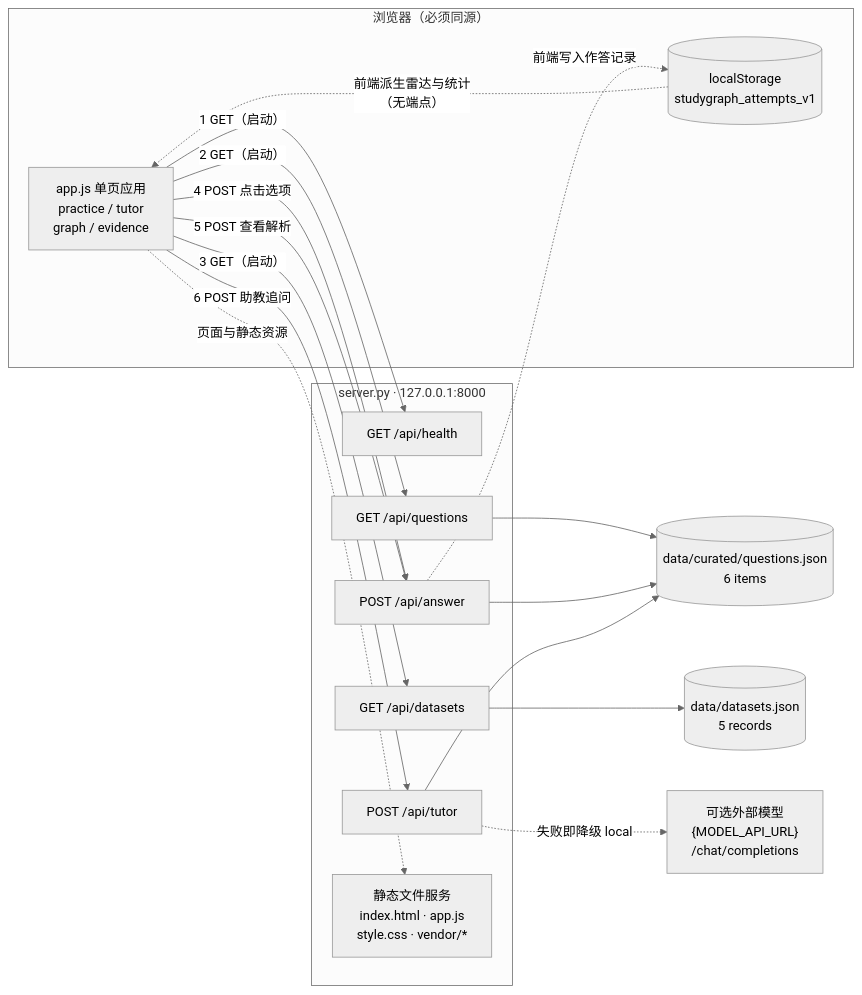
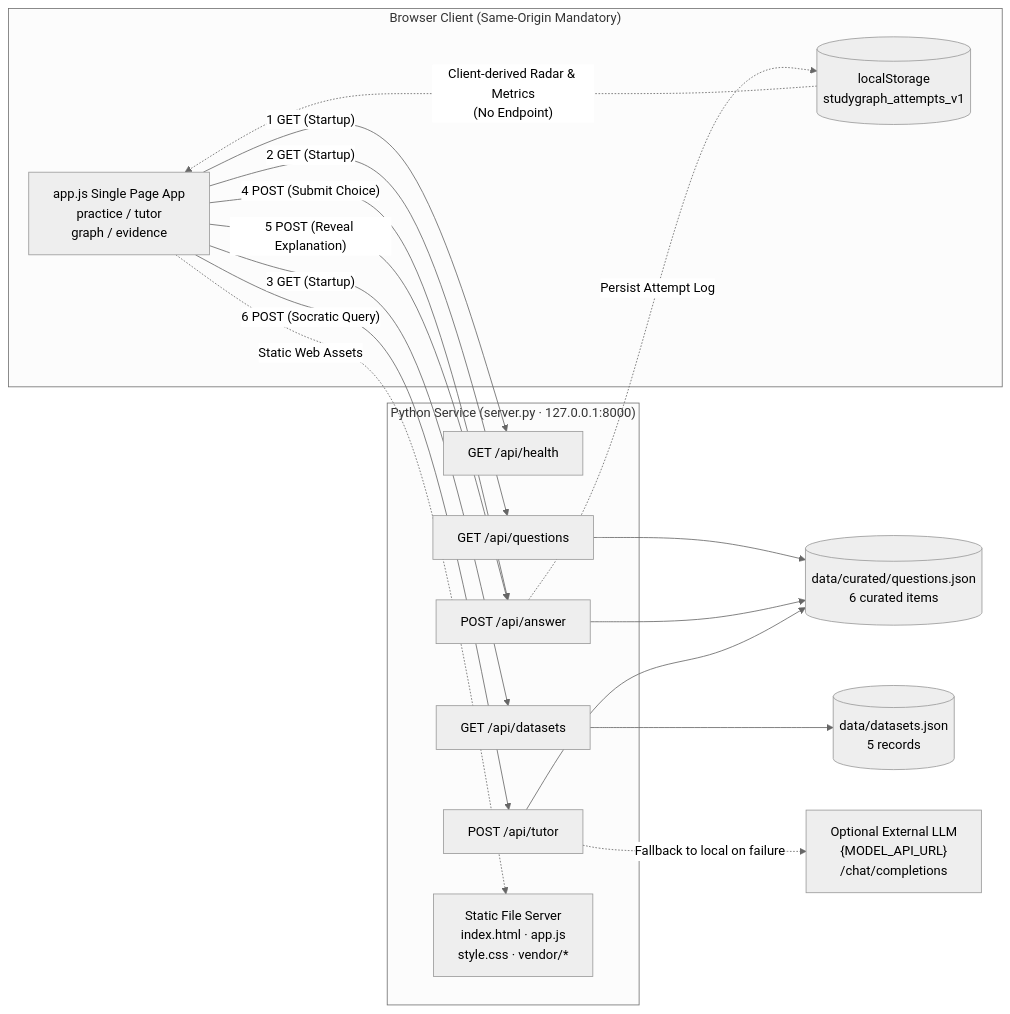
The diagram in reports/api_frontend_mapping/api_frontend_mapping.md (xin-315/my-first-github), drawn with Mermaid (neutral theme) before and after one commit. The commit also changed other lines of this file and 3 other files, not shown here.

````diff
--- a/reports/api_frontend_mapping/api_frontend_mapping.md
+++ b/reports/api_frontend_mapping/api_frontend_mapping.md
@@ -82,37 +83,37 @@
 ```mermaid
 flowchart LR
-    subgraph Browser["浏览器（必须同源）"]
-        UI["app.js 单页应用<br/>practice / tutor<br/>graph / evidence"]
+    subgraph Browser["Browser Client (Same-Origin Mandatory)"]
+        UI["app.js Single Page App<br/>practice / tutor<br/>graph / evidence"]
         LS[("localStorage<br/>studygraph_attempts_v1")]
     end
 
-    subgraph Service["server.py · 127.0.0.1:8000"]
+    subgraph Service["Python Service (server.py · 127.0.0.1:8000)"]
         H["GET /api/health"]
         Q["GET /api/questions"]
         D["GET /api/datasets"]
         A["POST /api/answer"]
         T["POST /api/tutor"]
-        S["静态文件服务<br/>index.html · app.js<br/>style.css · vendor/*"]
+        S["Static File Server<br/>index.html · app.js<br/>style.css · vendor/*"]
     end
 
-    Store[("data/curated/questions.json<br/>6 items")]
+    Store[("data/curated/questions.json<br/>6 curated items")]
     Meta[("data/datasets.json<br/>5 records")]
-    Model["可选外部模型<br/>{MODEL_API_URL}<br/>/chat/completions"]
+    Model["Optional External LLM<br/>{MODEL_API_URL}<br/>/chat/completions"]
 
-    UI -->|"1 GET（启动）"| H
-    UI -->|"2 GET（启动）"| Q
-    UI -->|"3 GET（启动）"| D
-    UI -->|"4 POST 点击选项"| A
-    UI -->|"5 POST 查看解析"| A
-    UI -->|"6 POST 助教追问"| T
-    UI -.->|"页面与静态资源"| S
+    UI -->|"1 GET (Startup)"| H
+    UI -->|"2 GET (Startup)"| Q
+    UI -->|"3 GET (Startup)"| D
+    UI -->|"4 POST (Submit Choice)"| A
+    UI -->|"5 POST (Reveal Explanation)"| A
+    UI -->|"6 POST (Socratic Query)"| T
+    UI -.->|"Static Web Assets"| S
 
     Q --> Store
     D --> Meta
     A --> Store
     T --> Store
-    T -.->|"失败即降级 local"| Model
+    T -.->|"Fallback to local on failure"| Model
 
-    A -.->|"前端写入作答记录"| LS
-    LS -.->|"前端派生雷达与统计<br/>（无端点）"| UI
+    A -.->|"Persist Attempt Log"| LS
+    LS -.->|"Client-derived Radar & Metrics<br/>(No Endpoint)"| UI
 ```
````
